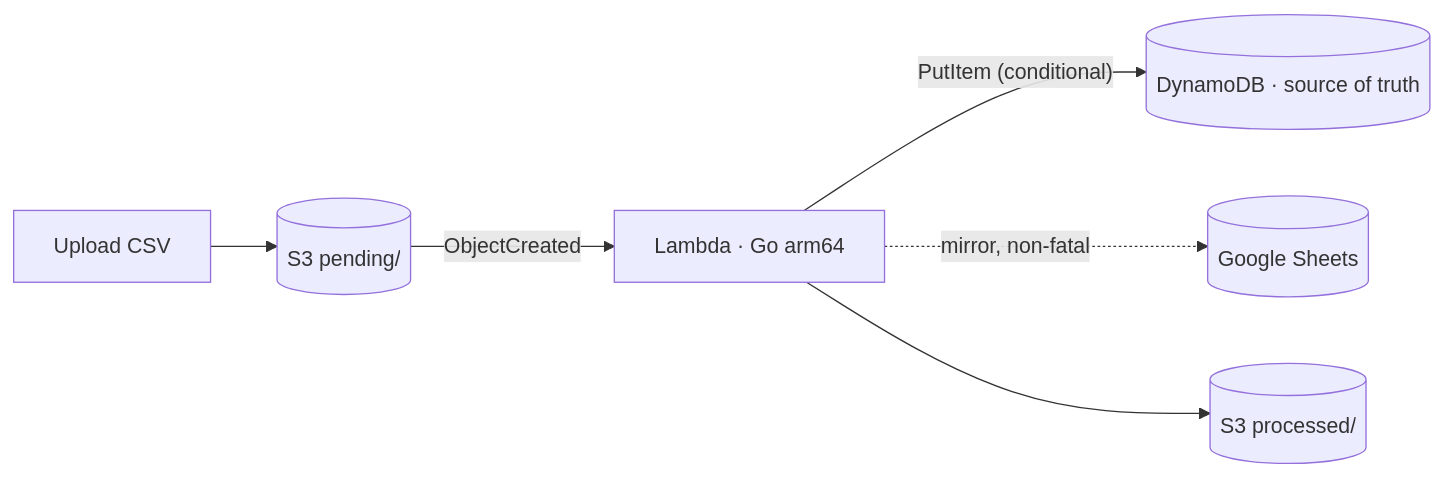
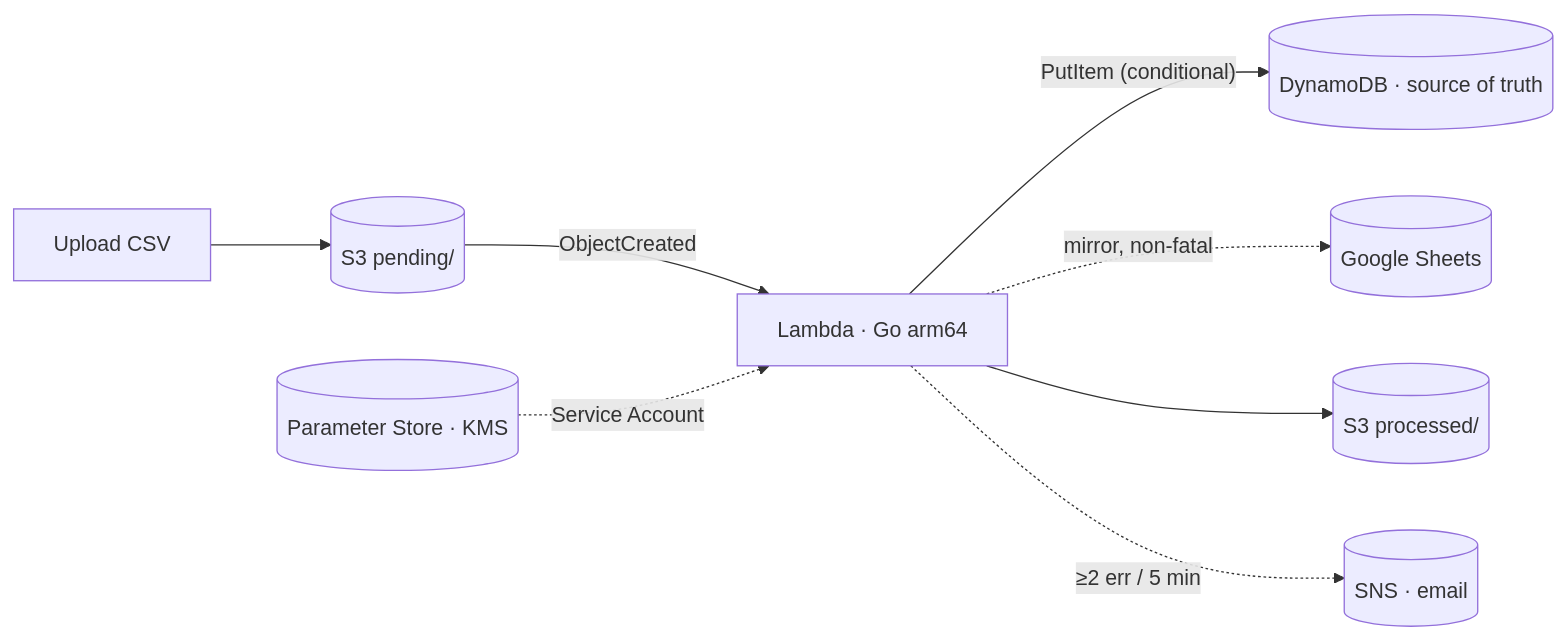
Before and after one commit to Danimarqz/portfolio: the diagram in src/content/blog/finance-tracker-serverless/en.md, drawn with Mermaid. The commit also changed other lines of this file and 1 other file, not shown here.

```diff
--- a/src/content/blog/finance-tracker-serverless/en.md
+++ b/src/content/blog/finance-tracker-serverless/en.md
@@ -14,8 +14,10 @@
 <pre class="mermaid">
 flowchart LR
   U[Upload CSV] --> S3[("S3 pending/")]
   S3 -->|ObjectCreated| L["Lambda · Go arm64"]
+  PS[("Parameter Store · KMS")] -.->|Service Account| L
   L -->|"PutItem (conditional)"| DDB[("DynamoDB · source of truth")]
   L -.->|mirror, non-fatal| GS[("Google Sheets")]
   L --> P[("S3 processed/")]
+  L -.->|"≥2 err / 5 min"| SNS[("SNS · email")]
 </pre>
```
